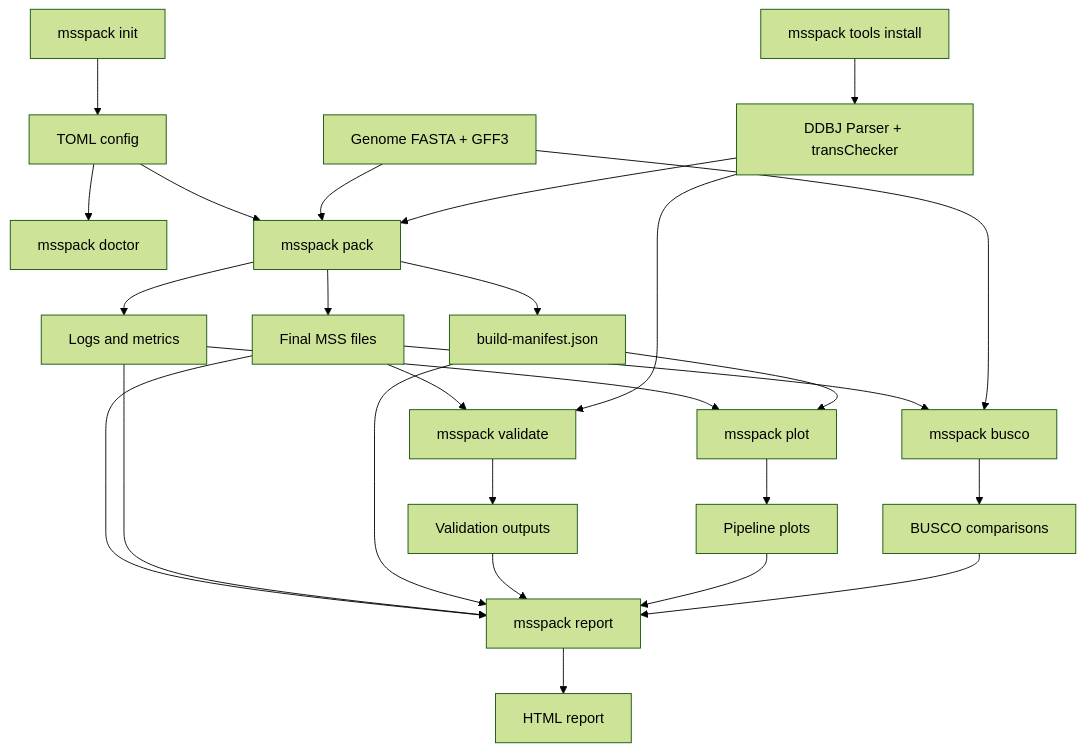
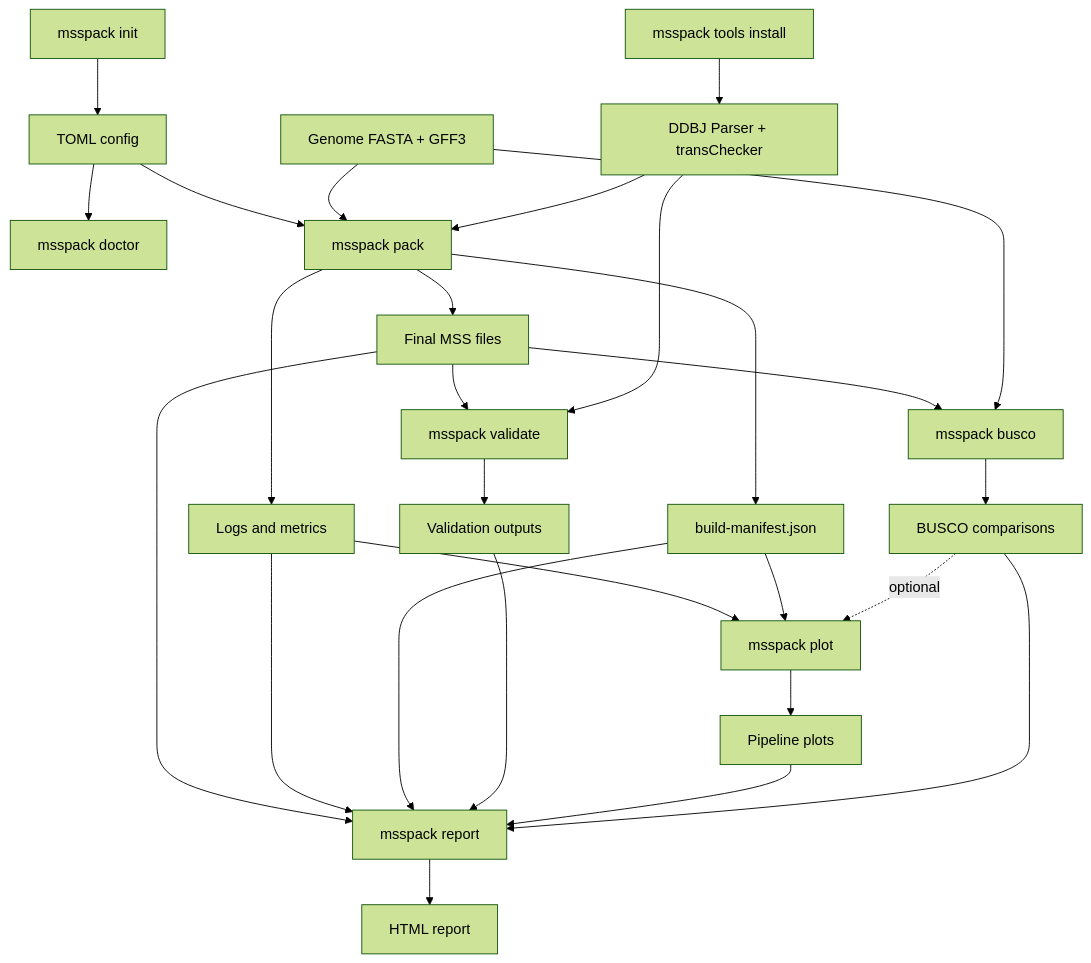
The diagram in README.md (kfuku52/msspack), drawn with Mermaid (forest theme) before and after one commit. The commit also changed other lines of this file and 3 other files, not shown here.

````diff
--- a/README.md
+++ b/README.md
@@ -99,39 +104,40 @@
 ```mermaid
 flowchart TD
   Config["TOML config"]
   Inputs["Genome FASTA + GFF3"]
   Tools["DDBJ Parser + transChecker"]
   FinalFiles["Final MSS files"]
   Logs["Logs and metrics"]
   Manifest["build-manifest.json"]
   Validation["Validation outputs"]
   Plots["Pipeline plots"]
   Busco["BUSCO comparisons"]
   Report["HTML report"]
 
   Init["msspack init"] --> Config
   Config --> Doctor["msspack doctor"]
   Install["msspack tools install"] --> Tools
   Config --> Pack["msspack pack"]
   Inputs --> Pack
   Tools --> Pack
   Pack --> FinalFiles
   Pack --> Logs
   Pack --> Manifest
   FinalFiles --> Validate["msspack validate"]
   Tools --> Validate
   Validate --> Validation
   Logs --> Plot["msspack plot"]
   Manifest --> Plot
   Plot --> Plots
   FinalFiles --> BuscoCmd["msspack busco"]
   Inputs --> BuscoCmd
   BuscoCmd --> Busco
+  Busco -. optional .-> Plot
   FinalFiles --> ReportCmd["msspack report"]
   Logs --> ReportCmd
   Manifest --> ReportCmd
   Validation --> ReportCmd
   Plots --> ReportCmd
   Busco --> ReportCmd
   ReportCmd --> Report
 ```
````
